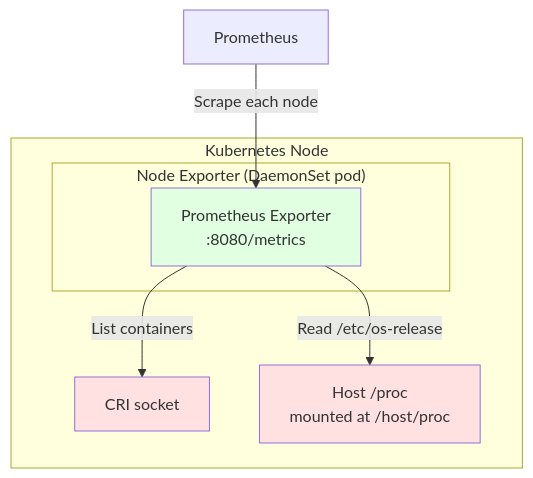
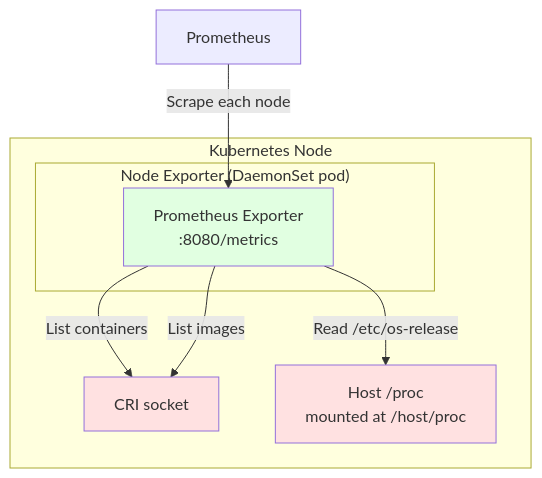
The second of 2 diagrams in README.md (chainguard-sandbox/container-image-exporter), drawn with Mermaid before and after one commit. The commit also changed other lines of this file and 14 other files, not shown here.

````diff
--- a/README.md
+++ b/README.md
@@ -75,21 +76,22 @@
 ```mermaid
 graph TB
     subgraph "Kubernetes Node"
         subgraph "Node Exporter (DaemonSet pod)"
             NE[Prometheus Exporter<br/>:8080/metrics]
         end
 
         CRI[CRI socket]
         PROC[Host /proc<br/>mounted at /host/proc]
     end
 
     PROM[Prometheus]
 
     NE -->|"List containers"| CRI
+    NE -->|"List images"| CRI
     NE -->|"Read /etc/os-release"| PROC
     PROM -->|Scrape each node| NE
 
     style NE fill:#e1ffe1
     style CRI fill:#ffe1e1
     style PROC fill:#ffe1e1
 ```
````
